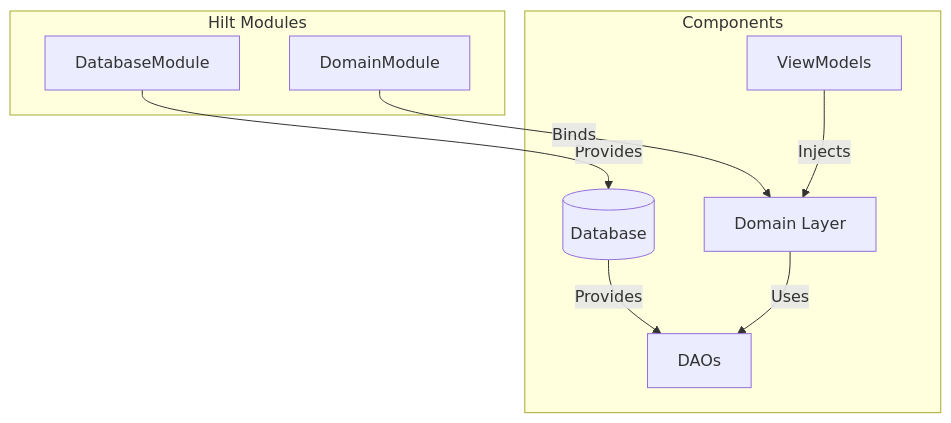
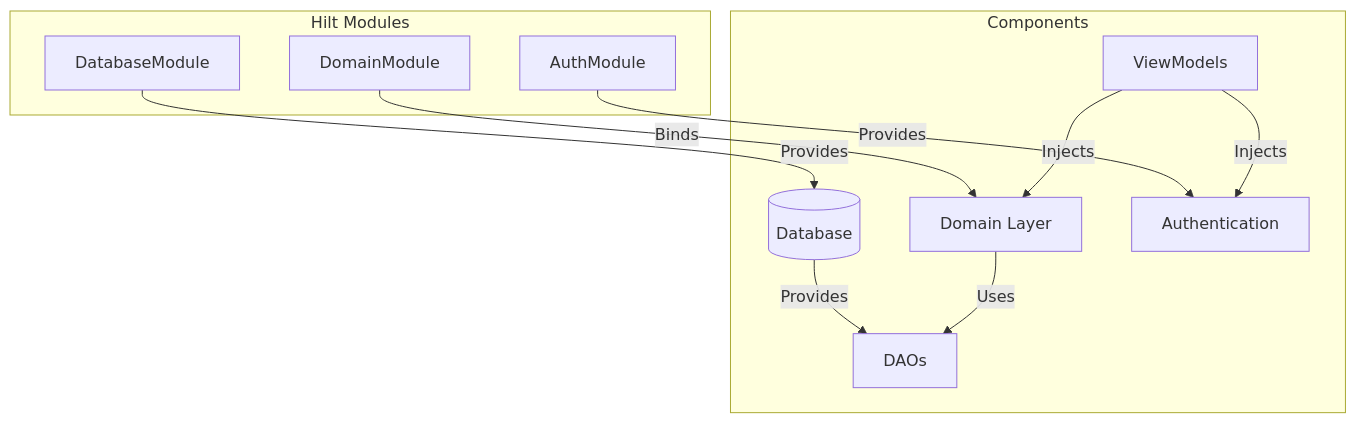
The sixth of 6 diagrams in README.md (mahersavara/Dingo), drawn with Mermaid before and after one commit. The commit also changed other lines of this file and 29 other files, not shown here.

````diff
--- a/README.md
+++ b/README.md
@@ -364,20 +369,24 @@
 ```mermaid
 graph TB
     subgraph Hilt Modules
         DM[DatabaseModule]
         DomM[DomainModule]
+        AuthM[AuthModule]
     end
     
     subgraph Components
         VM[ViewModels]
         DOM[Domain Layer]
         DAO[DAOs]
         DB[(Database)]
+        Auth[Authentication]
     end
 
     DM -->|Provides| DB
     DB -->|Provides| DAO
     DomM -->|Binds| DOM
     DOM -->|Uses| DAO
     VM -->|Injects| DOM
+    AuthM -->|Provides| Auth
+    VM -->|Injects| Auth
 ```
````
